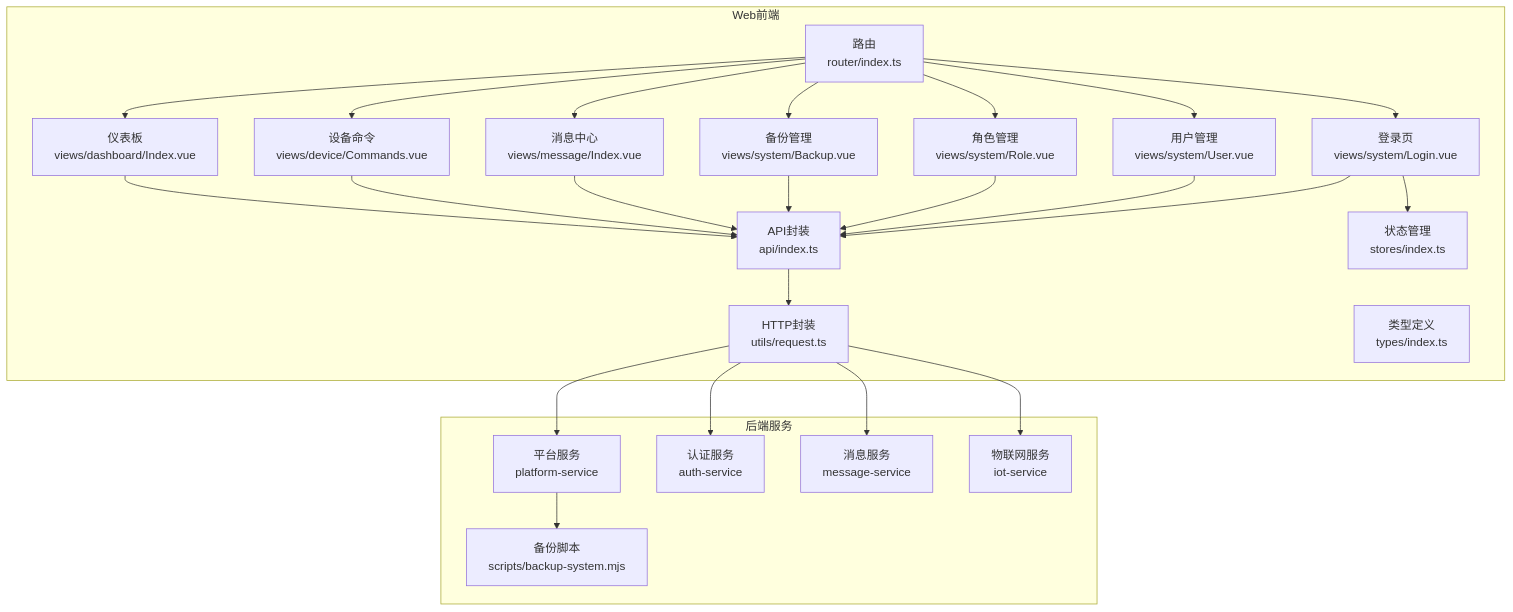
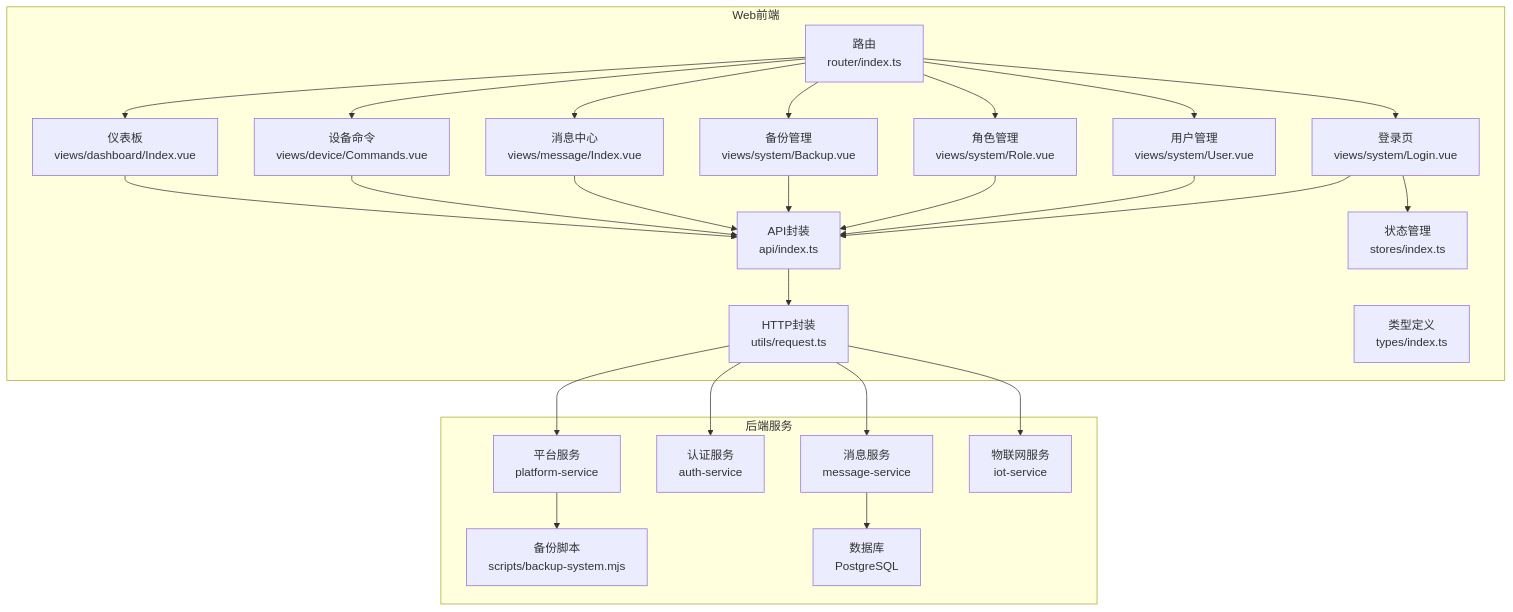
Before and after one commit to q446328246/agri-platform: the first of 13 diagrams in .qoder/repowiki/zh/content/前端应用文档/核心页面/系统管理页面/系统管理页面.md, drawn with Mermaid. The commit also changed other lines of this file and 6 other files, not shown here.

````diff
--- a/.qoder/repowiki/zh/content/前端应用文档/核心页面/系统管理页面/系统管理页面.md
+++ b/.qoder/repowiki/zh/content/前端应用文档/核心页面/系统管理页面/系统管理页面.md
@@ -65,45 +69,47 @@
 ```mermaid
 graph TB
 subgraph "Web前端"
 R["路由<br/>router/index.ts"]
 V1["登录页<br/>views/system/Login.vue"]
 V2["用户管理<br/>views/system/User.vue"]
 V3["角色管理<br/>views/system/Role.vue"]
 V4["备份管理<br/>views/system/Backup.vue"]
 V5["消息中心<br/>views/message/Index.vue"]
 V6["设备命令<br/>views/device/Commands.vue"]
 V7["仪表板<br/>views/dashboard/Index.vue"]
 A["API封装<br/>api/index.ts"]
 S["状态管理<br/>stores/index.ts"]
 H["HTTP封装<br/>utils/request.ts"]
 T["类型定义<br/>types/index.ts"]
 end
 subgraph "后端服务"
 PS["平台服务<br/>platform-service"]
 AS["认证服务<br/>auth-service"]
 MS["消息服务<br/>message-service"]
 IS["物联网服务<br/>iot-service"]
 BS["备份脚本<br/>scripts/backup-system.mjs"]
+DB["数据库<br/>PostgreSQL"]
 end
 R --> V1
 R --> V2
 R --> V3
 R --> V4
 R --> V5
 R --> V6
 R --> V7
 V1 --> A
 V2 --> A
 V3 --> A
 V4 --> A
 V5 --> A
 V6 --> A
 V7 --> A
 A --> H
 V1 --> S
 H --> PS
 H --> AS
 H --> MS
 H --> IS
 PS --> BS
+MS --> DB
 ```
````
